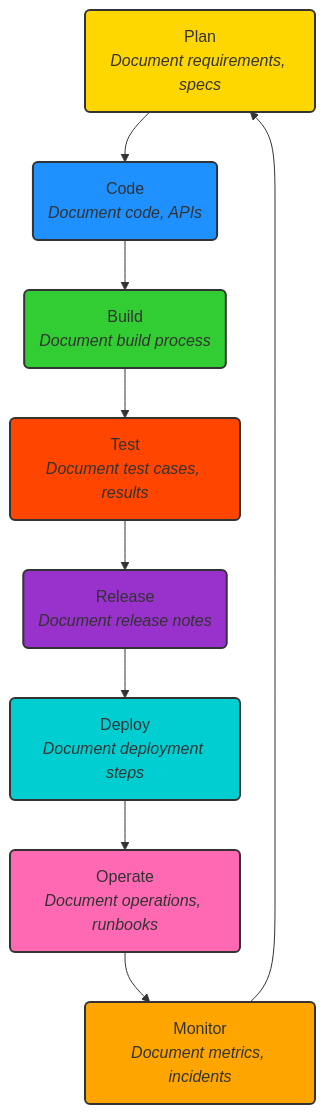
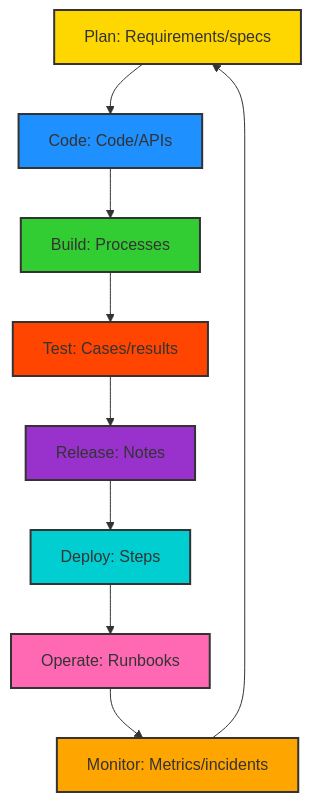
The second of 9 diagrams in README.md (buckeye43210/markdown-to-snowkb), drawn with Mermaid before and after one commit. The commit also changed other lines of this file, not shown here.

````diff
--- a/README.md
+++ b/README.md
@@ -309,30 +218,29 @@
-~~~mermaid
+```mermaid
 graph TD
-    A(Plan<br><i>Document requirements, specs</i>)
-    A --> B(Code<br><i>Document code, APIs</i>)
-    B --> C(Build<br><i>Document build process</i>)
-    C --> D(Test<br><i>Document test cases, results</i>)
-    D --> E(Release<br><i>Document release notes</i>)
-    E --> F(Deploy<br><i>Document deployment steps</i>)
-    F --> G(Operate<br><i>Document operations, runbooks</i>)
-    G --> H(Monitor<br><i>Document metrics, incidents</i>)
+    A[Plan: Requirements/specs] --> B[Code: Code/APIs]
+    B --> C[Build: Processes]
+    C --> D[Test: Cases/results]
+    D --> E[Release: Notes]
+    E --> F[Deploy: Steps]
+    F --> G[Operate: Runbooks]
+    G --> H[Monitor: Metrics/incidents]
     H --> A
-    
-    classDef planStyle fill:#FFD700,stroke:#333,stroke-width:2px;
-    classDef codeStyle fill:#1E90FF,stroke:#333,stroke-width:2px;
-    classDef buildStyle fill:#32CD32,stroke:#333,stroke-width:2px;
-    classDef testStyle fill:#FF4500,stroke:#333,stroke-width:2px;
-    classDef releaseStyle fill:#9932CC,stroke:#333,stroke-width:2px;
-    classDef deployStyle fill:#00CED1,stroke:#333,stroke-width:2px;
-    classDef operateStyle fill:#FF69B4,stroke:#333,stroke-width:2px;
-    classDef monitorStyle fill:#FFA500,stroke:#333,stroke-width:2px;
-    
-    class A planStyle;
-    class B codeStyle;
-    class C buildStyle;
-    class D testStyle;
-    class E releaseStyle;
-    class F deployStyle;
-    class G operateStyle;
-    class H monitorStyle;
-~~~
+
+    classDef plan fill:#FFD700,stroke:#333,stroke-width:2px;
+    classDef code fill:#1E90FF,stroke:#333,stroke-width:2px;
+    classDef build fill:#32CD32,stroke:#333,stroke-width:2px;
+    classDef test fill:#FF4500,stroke:#333,stroke-width:2px;
+    classDef release fill:#9932CC,stroke:#333,stroke-width:2px;
+    classDef deploy fill:#00CED1,stroke:#333,stroke-width:2px;
+    classDef operate fill:#FF69B4,stroke:#333,stroke-width:2px;
+    classDef monitor fill:#FFA500,stroke:#333,stroke-width:2px;
+
+    class A plan;
+    class B code;
+    class C build;
+    class D test;
+    class E release;
+    class F deploy;
+    class G operate;
+    class H monitor;
+```
````
